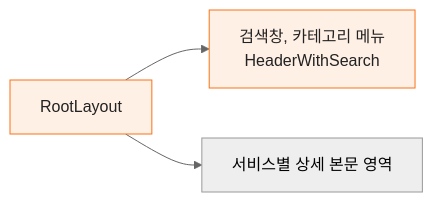
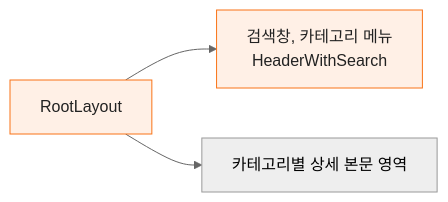
One commit to doitdso753/carrot-client-clone changed the third of 4 diagrams in README.md. Above: the diagram before and after it, drawn with Mermaid (neutral theme). The commit also changed other lines of this file, not shown here.

````diff
--- a/README.md
+++ b/README.md
@@ -123,8 +123,8 @@
 ```mermaid
 flowchart LR
     Root["RootLayout"] --> Header["검색창, 카테고리 메뉴<br/>HeaderWithSearch"]
-    Root --> Main["서비스별 상세 본문 영역"]
+    Root --> Main["카테고리별 상세 본문 영역"]
 
     classDef shared fill:#fff0e6,stroke:#f97316,color:#222
     class Root,Header shared
 ```
````
